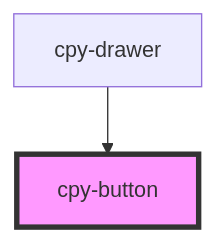
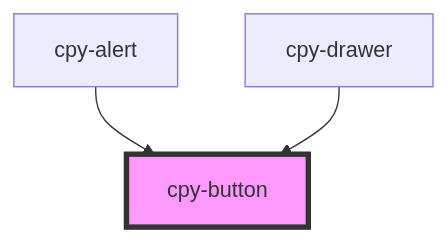
Before and after one commit to Lith1um/Canopy-Stencil: the diagram in stencil-lib/src/components/button/readme.md, drawn with Mermaid. The commit also changed other lines of this file and 24 other files, not shown here.

````diff
--- a/stencil-lib/src/components/button/readme.md
+++ b/stencil-lib/src/components/button/readme.md
@@ -26,5 +27,6 @@
 ```mermaid
 graph TD;
+  cpy-alert --> cpy-button
   cpy-drawer --> cpy-button
   style cpy-button fill:#f9f,stroke:#333,stroke-width:4px
 ```
````
